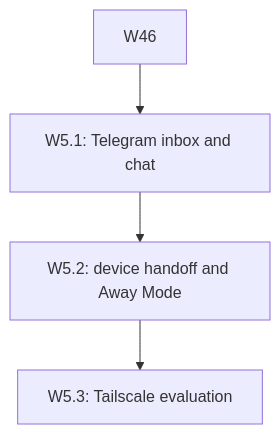
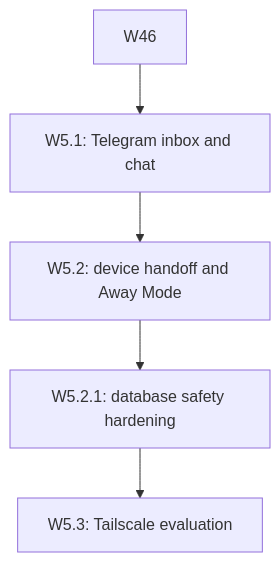
One commit to ChrisHartline/Lyra changed the fifth of 11 diagrams in docs/lyra_build_plan.md. Above: the diagram before and after it, drawn with Mermaid. The commit also changed other lines of this file and 17 other files, not shown here.

````diff
--- a/docs/lyra_build_plan.md
+++ b/docs/lyra_build_plan.md
@@ -279,9 +279,11 @@
 ```mermaid
 graph TD
     W51[W5.1: Telegram inbox and chat]
     W52[W5.2: device handoff and Away Mode]
+    W521[W5.2.1: database safety hardening]
     W53[W5.3: Tailscale evaluation]
     W46 --> W51
     W51 --> W52
-    W52 --> W53
+    W52 --> W521
+    W521 --> W53
 ```
````
